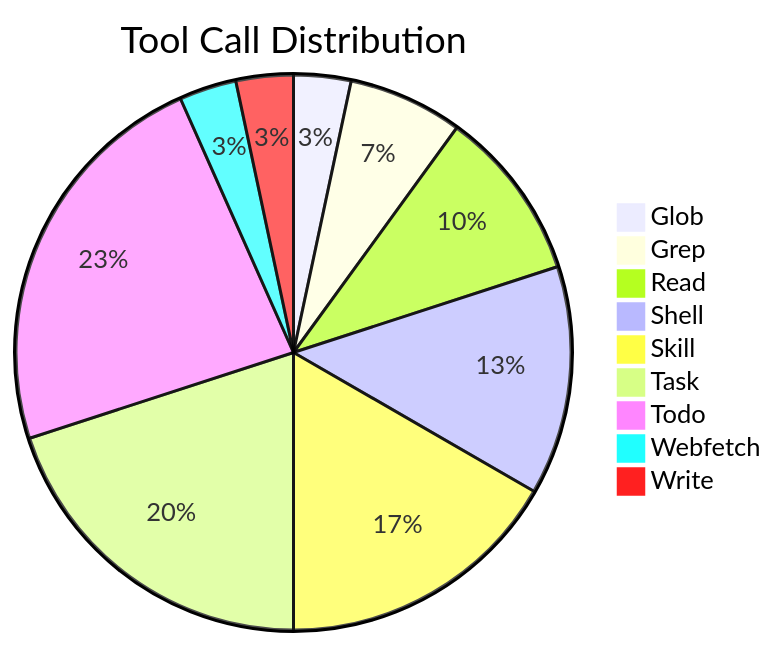
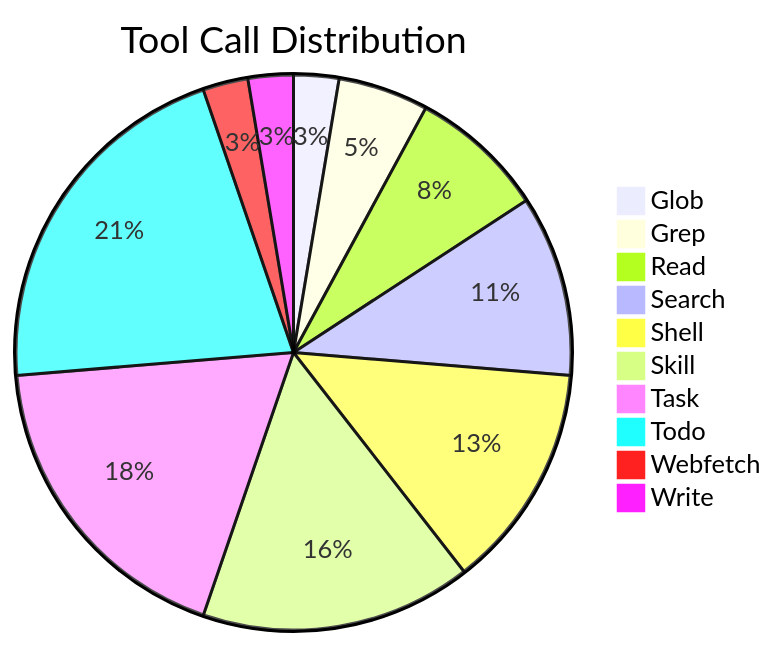
The first of 11 diagrams in agent-log-analysis/SKILL.md (Cogni-AI-OU/cogni-ai-agent-skills), drawn with Mermaid before and after one commit. The commit also changed other lines of this file, not shown here.

Commit message:
Update tool call distribution and add Search parameters

````diff
--- a/agent-log-analysis/SKILL.md
+++ b/agent-log-analysis/SKILL.md
@@ -148,12 +148,13 @@
 ```mermaid
 pie title Tool Call Distribution
     "Glob" : 1
     "Grep": 2
     "Read" : 3
-    "Shell" : 4
-    "Skill" : 5
-    "Task" : 6
-    "Todo" : 7
+    "Search": 4
+    "Shell" : 5
+    "Skill" : 6
+    "Task" : 7
+    "Todo" : 8
     "Webfetch": 1
     "Write": 1
 ```
````
